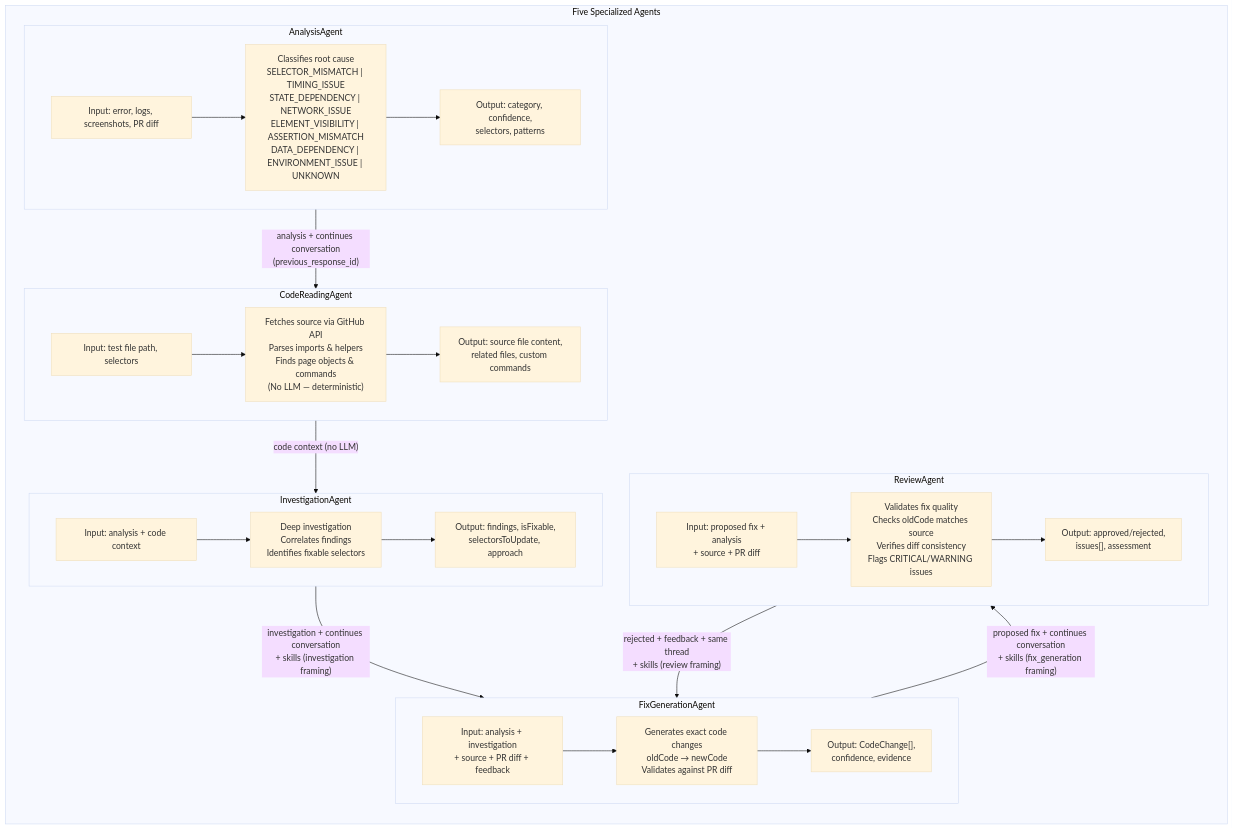
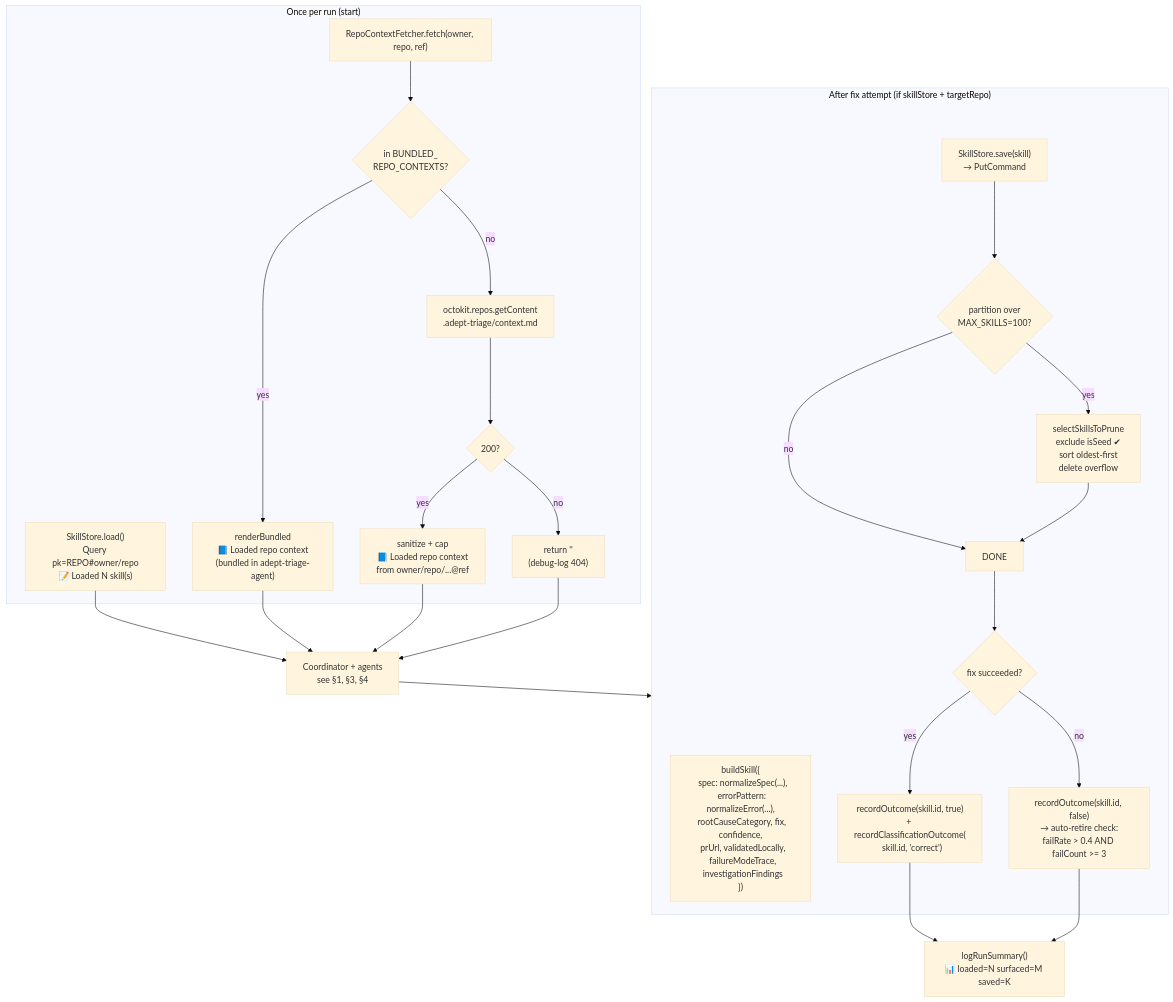
Before and after one commit to adept-at/adept-triage-agent: the seventh of 10 diagrams in docs/agent-workflow-flowchart.md, drawn with Mermaid (base theme). The commit also changed other lines of this file and 14 other files, not shown here.

````diff
--- a/docs/agent-workflow-flowchart.md
+++ b/docs/agent-workflow-flowchart.md
@@ -304,47 +261,37 @@
 ```mermaid
 flowchart TB
-    subgraph AGENTS["Five Specialized Agents"]
-        direction TB
-
-        subgraph A1["AnalysisAgent"]
-            A1_IN["Input: error, logs, screenshots, PR diff"]
-            A1_WORK["Classifies root cause<br/>SELECTOR_MISMATCH | TIMING_ISSUE<br/>STATE_DEPENDENCY | NETWORK_ISSUE<br/>ELEMENT_VISIBILITY | ASSERTION_MISMATCH<br/>DATA_DEPENDENCY | ENVIRONMENT_ISSUE | UNKNOWN"]
-            A1_OUT["Output: category, confidence,<br/>selectors, patterns"]
-            A1_IN --> A1_WORK --> A1_OUT
-        end
-
-        subgraph A2["CodeReadingAgent"]
-            A2_IN["Input: test file path, selectors"]
-            A2_WORK["Fetches source via GitHub API<br/>Parses imports & helpers<br/>Finds page objects & commands<br/>(No LLM — deterministic)"]
-            A2_OUT["Output: source file content,<br/>related files, custom commands"]
-            A2_IN --> A2_WORK --> A2_OUT
-        end
-
-        subgraph A3["InvestigationAgent"]
-            A3_IN["Input: analysis + code context"]
-            A3_WORK["Deep investigation<br/>Correlates findings<br/>Identifies fixable selectors"]
-            A3_OUT["Output: findings, isFixable,<br/>selectorsToUpdate, approach"]
-            A3_IN --> A3_WORK --> A3_OUT
-        end
-
-        subgraph A4["FixGenerationAgent"]
-            A4_IN["Input: analysis + investigation<br/>+ source + PR diff + feedback"]
-            A4_WORK["Generates exact code changes<br/>oldCode → newCode<br/>Validates against PR diff"]
-            A4_OUT["Output: CodeChange[],<br/>confidence, evidence"]
-            A4_IN --> A4_WORK --> A4_OUT
-        end
-
-        subgraph A5["ReviewAgent"]
-            A5_IN["Input: proposed fix + analysis<br/>+ source + PR diff"]
-            A5_WORK["Validates fix quality<br/>Checks oldCode matches source<br/>Verifies diff consistency<br/>Flags CRITICAL/WARNING issues"]
-            A5_OUT["Output: approved/rejected,<br/>issues[], assessment"]
-            A5_IN --> A5_WORK --> A5_OUT
-        end
+    subgraph ON_START["Once per run (start)"]
+        LOAD["SkillStore.load()<br/>Query pk=REPO#owner/repo<br/>📝 Loaded N skill(s)"]
+        FETCH["RepoContextFetcher.fetch(owner, repo, ref)"]
+        BUNDLED{"in BUNDLED_<br/>REPO_CONTEXTS?"}
+        FETCH --> BUNDLED
+        BUNDLED -- yes --> BUNDLE_RENDER["renderBundled<br/>📘 Loaded repo context<br/>(bundled in adept-triage-agent)"]
+        BUNDLED -- no --> REMOTE["octokit.repos.getContent<br/>.adept-triage/context.md"]
+        REMOTE --> REMOTE_OK{"200?"}
+        REMOTE_OK -- yes --> REMOTE_RENDER["sanitize + cap<br/>📘 Loaded repo context<br/>from owner/repo/...@ref"]
+        REMOTE_OK -- no --> EMPTY["return ''<br/>(debug-log 404)"]
     end
 
-    A1 -->|"analysis + continues conversation<br/>(previous_response_id)"| A2
-    A2 -->|"code context (no LLM)"| A3
-    A3 -->|"investigation + continues conversation<br/>+ skills (investigation framing)"| A4
-    A4 -->|"proposed fix + continues conversation<br/>+ skills (fix_generation framing)"| A5
-    A5 -->|"rejected + feedback + same thread<br/>+ skills (review framing)"| A4
+    LOAD --> PIPELINE["Coordinator + agents<br/>see §1, §3, §4"]
+    BUNDLE_RENDER --> PIPELINE
+    REMOTE_RENDER --> PIPELINE
+    EMPTY --> PIPELINE
+
+    PIPELINE --> ON_SAVE
+
+    subgraph ON_SAVE["After fix attempt (if skillStore + targetRepo)"]
+        BUILD["buildSkill({<br/>  spec: normalizeSpec(...),<br/>  errorPattern: normalizeError(...),<br/>  rootCauseCategory, fix, confidence,<br/>  prUrl, validatedLocally,<br/>  failureModeTrace,<br/>  investigationFindings<br/>})"]
+        SAVE["SkillStore.save(skill)<br/>→ PutCommand"]
+        PRUNE{"partition over<br/>MAX_SKILLS=100?"}
+        SAVE --> PRUNE
+        PRUNE -- yes --> SELECT["selectSkillsToPrune<br/>exclude isSeed ✔<br/>sort oldest-first<br/>delete overflow"]
+        PRUNE -- no --> DONE
+        SELECT --> DONE
+        DONE --> RECORD{"fix succeeded?"}
+        RECORD -- yes --> OUTCOME_OK["recordOutcome(skill.id, true)<br/>+ recordClassificationOutcome(<br/>  skill.id, 'correct')"]
+        RECORD -- no --> OUTCOME_FAIL["recordOutcome(skill.id, false)<br/>→ auto-retire check:<br/>failRate &gt; 0.4 AND failCount &gt;= 3"]
+    end
+
+    OUTCOME_OK --> SUMMARY["logRunSummary()<br/>📊 loaded=N surfaced=M saved=K"]
+    OUTCOME_FAIL --> SUMMARY
 ```
````
